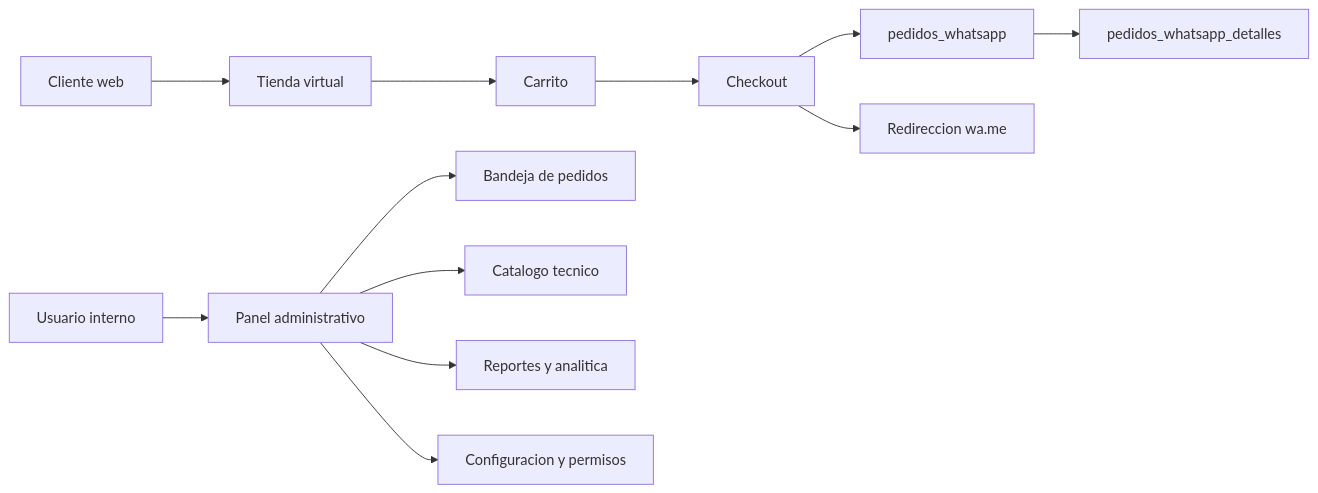
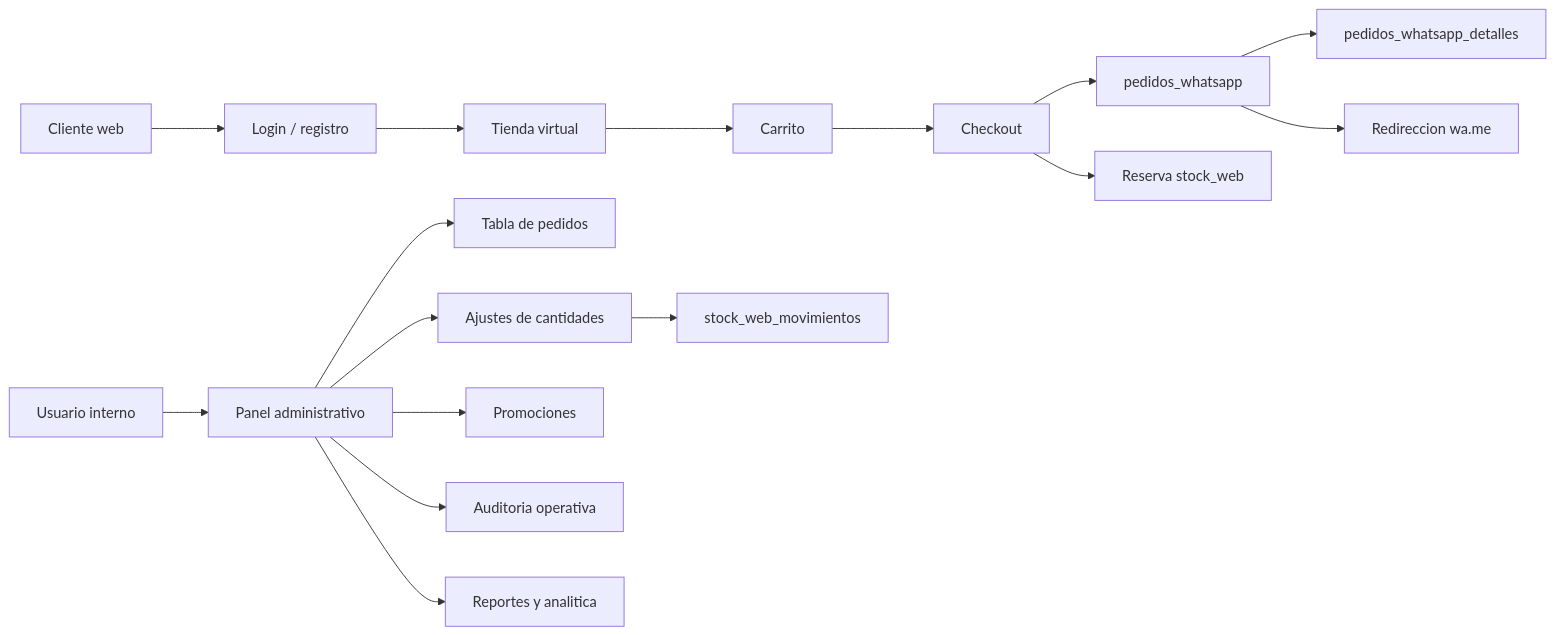
One commit to georgeelimelec-byte/tienda_km2 changed the first of 4 diagrams in outputs/architecture_docs/ARQUITECTURA_Y_DIAGRAMAS.md. Above: the diagram before and after it, drawn with Mermaid. The commit also changed other lines of this file and 59 other files, not shown here.

Commit message:
Completar flujo de pedidos WhatsApp

````diff
--- a/outputs/architecture_docs/ARQUITECTURA_Y_DIAGRAMAS.md
+++ b/outputs/architecture_docs/ARQUITECTURA_Y_DIAGRAMAS.md
@@ -13,15 +14,19 @@
 ```mermaid
 flowchart LR
-    Cliente["Cliente web"] --> Tienda["Tienda virtual"]
+    Cliente["Cliente web"] --> Cuenta["Login / registro"]
+    Cuenta --> Tienda["Tienda virtual"]
     Tienda --> Carrito["Carrito"]
     Carrito --> Checkout["Checkout"]
     Checkout --> Pedido["pedidos_whatsapp"]
+    Checkout --> Stock["Reserva stock_web"]
     Pedido --> Detalle["pedidos_whatsapp_detalles"]
-    Checkout --> WhatsApp["Redireccion wa.me"]
+    Pedido --> WhatsApp["Redireccion wa.me"]
 
     Admin["Usuario interno"] --> Panel["Panel administrativo"]
-    Panel --> Pedidos["Bandeja de pedidos"]
-    Panel --> Catalogo["Catalogo tecnico"]
+    Panel --> Pedidos["Tabla de pedidos"]
+    Panel --> Ajustes["Ajustes de cantidades"]
+    Ajustes --> StockMov["stock_web_movimientos"]
+    Panel --> Promos["Promociones"]
+    Panel --> Auditoria["Auditoria operativa"]
     Panel --> Reportes["Reportes y analitica"]
-    Panel --> Config["Configuracion y permisos"]
 ```
````
